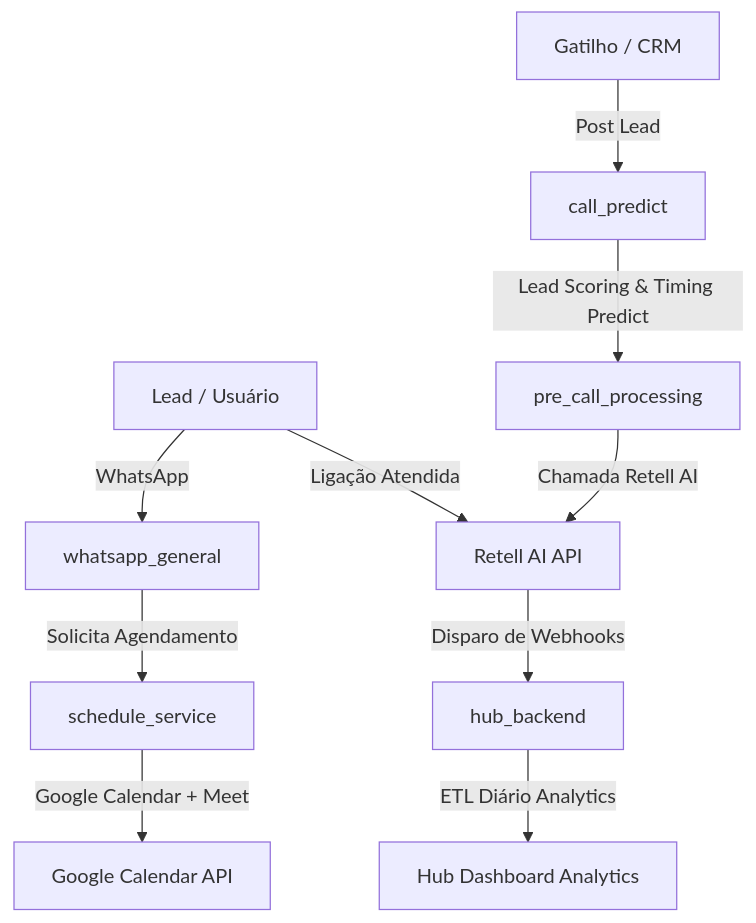
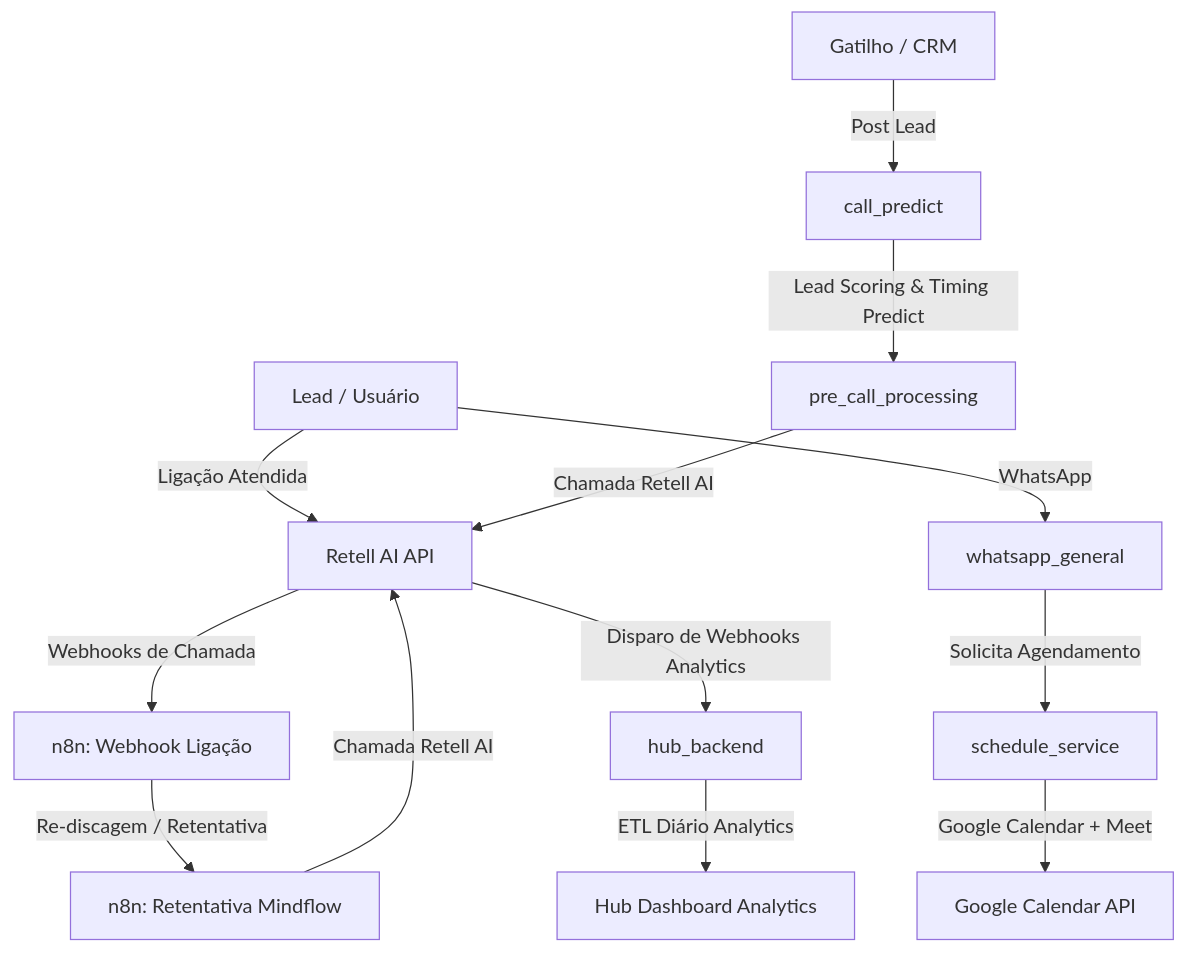
The diagram in .agents/Skills/mindflow-services/SKILL.md (Sparkozzy/Usefull_Skills), drawn with Mermaid before and after one commit. The commit also changed other lines of this file and 7 other files, not shown here.

````diff
--- a/.agents/Skills/mindflow-services/SKILL.md
+++ b/.agents/Skills/mindflow-services/SKILL.md
@@ -16,15 +16,19 @@
 ```mermaid
 graph TD
     User[Lead / Usuário] -->|WhatsApp| WA[whatsapp_general]
     User -->|Ligação Atendida| Retell[Retell AI API]
     
     Trigger[Gatilho / CRM] -->|Post Lead| CP[call_predict]
     CP -->|Lead Scoring & Timing Predict| PCP[pre_call_processing]
     PCP -->|Chamada Retell AI| Retell
     
+    Retell -->|Webhooks de Chamada| N8N_WH["n8n: Webhook Ligação"]
+    N8N_WH -->|Re-discagem / Retentativa| N8N_RET["n8n: Retentativa Mindflow"]
+    N8N_RET -->|Chamada Retell AI| Retell
+    
     WA -->|Solicita Agendamento| SS[schedule_service]
-    Retell -->|Disparo de Webhooks| Hub[hub_backend]
+    Retell -->|Disparo de Webhooks Analytics| Hub[hub_backend]
     
     SS -->|Google Calendar + Meet| GCal[Google Calendar API]
     Hub -->|ETL Diário Analytics| Dashboard[Hub Dashboard Analytics]
 ```
````
